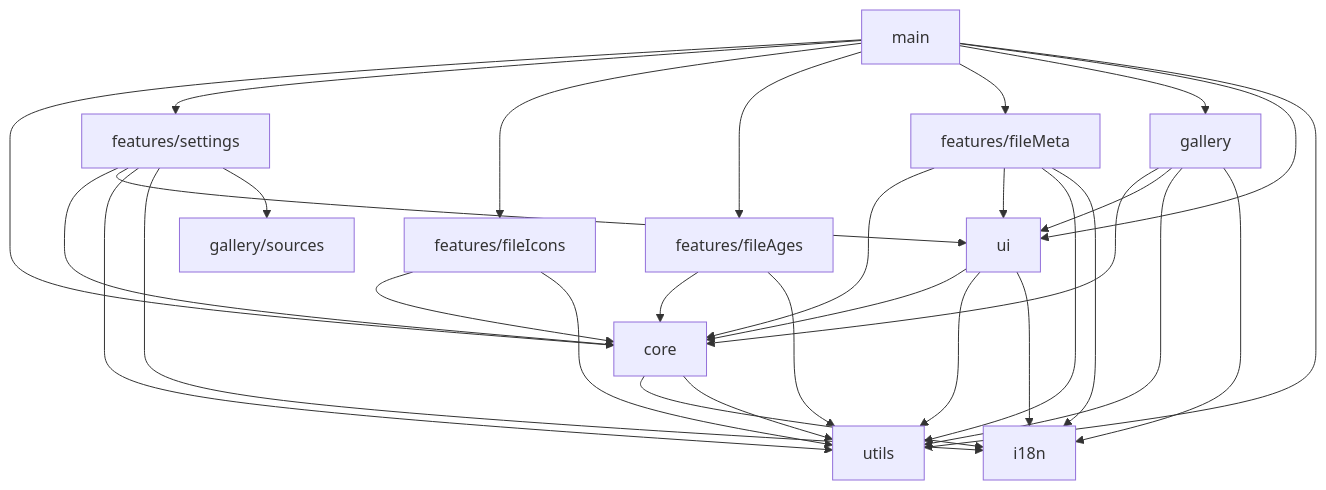
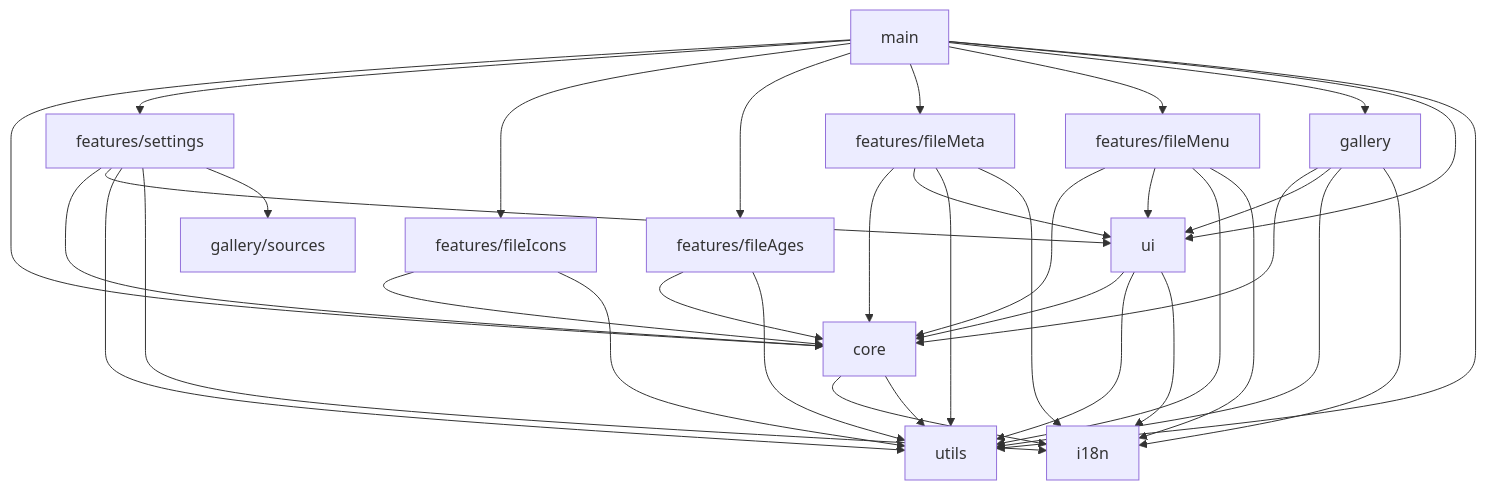
The first of 3 diagrams in docs/ARCHITECTURE.md (NemoKing1210/github-plus), drawn with Mermaid before and after one commit. The commit also changed other lines of this file and 45 other files, not shown here.

````diff
--- a/docs/ARCHITECTURE.md
+++ b/docs/ARCHITECTURE.md
@@ -64,33 +70,38 @@
 ```mermaid
 graph TD
   main --> core
   main --> settingsFeature[features/settings]
   main --> fileIcons[features/fileIcons]
   main --> fileAges[features/fileAges]
   main --> fileMeta[features/fileMeta]
+  main --> fileMenu[features/fileMenu]
   main --> gallery
   main --> ui
   main --> utils
   gallery --> core
   gallery --> ui
   gallery --> utils
   gallery --> i18n
   settingsFeature --> core
   settingsFeature --> ui
   settingsFeature --> utils
   settingsFeature --> i18n
   settingsFeature --> galleryRegistry[gallery/sources]
   fileIcons --> core
   fileIcons --> utils
   fileAges --> core
   fileAges --> utils
   fileMeta --> core
   fileMeta --> ui
   fileMeta --> utils
   fileMeta --> i18n
+  fileMenu --> core
+  fileMenu --> ui
+  fileMenu --> utils
+  fileMenu --> i18n
   ui --> core
   ui --> utils
   ui --> i18n
   core --> i18n
   core --> utils
 ```
````
